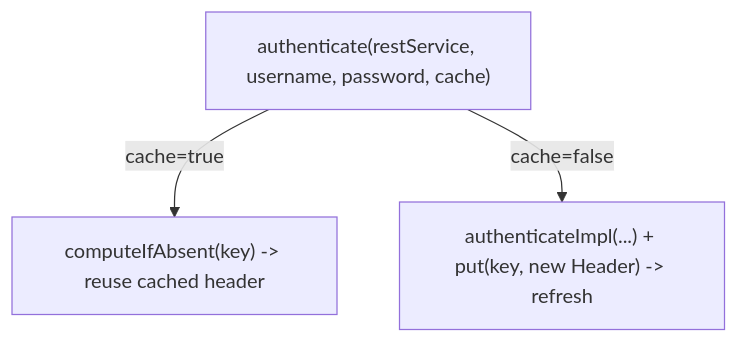
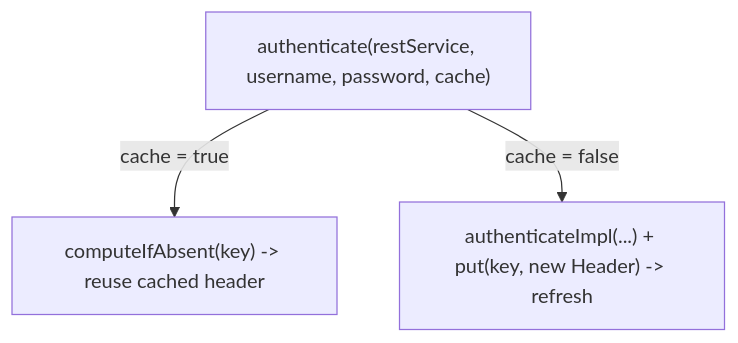
Before and after one commit to CyborgCodeSyndicate/roa-libraries: the fourth of 4 diagrams in api-interactor/README.md, drawn with Mermaid. The commit also changed other lines of this file, not shown here.

````diff
--- a/api-interactor/README.md
+++ b/api-interactor/README.md
@@ -155,9 +177,8 @@
 ```mermaid
 flowchart TB
     X["authenticate(restService, username, password, cache)"]
     A["computeIfAbsent(key) -> reuse cached header"]
     B["authenticateImpl(...) + put(key, new Header) -> refresh"]
-
-    X -->|cache=true| A
-    X -->|cache=false| B
+    X -->|cache = true| A
+    X -->|cache = false| B
 ```
````
